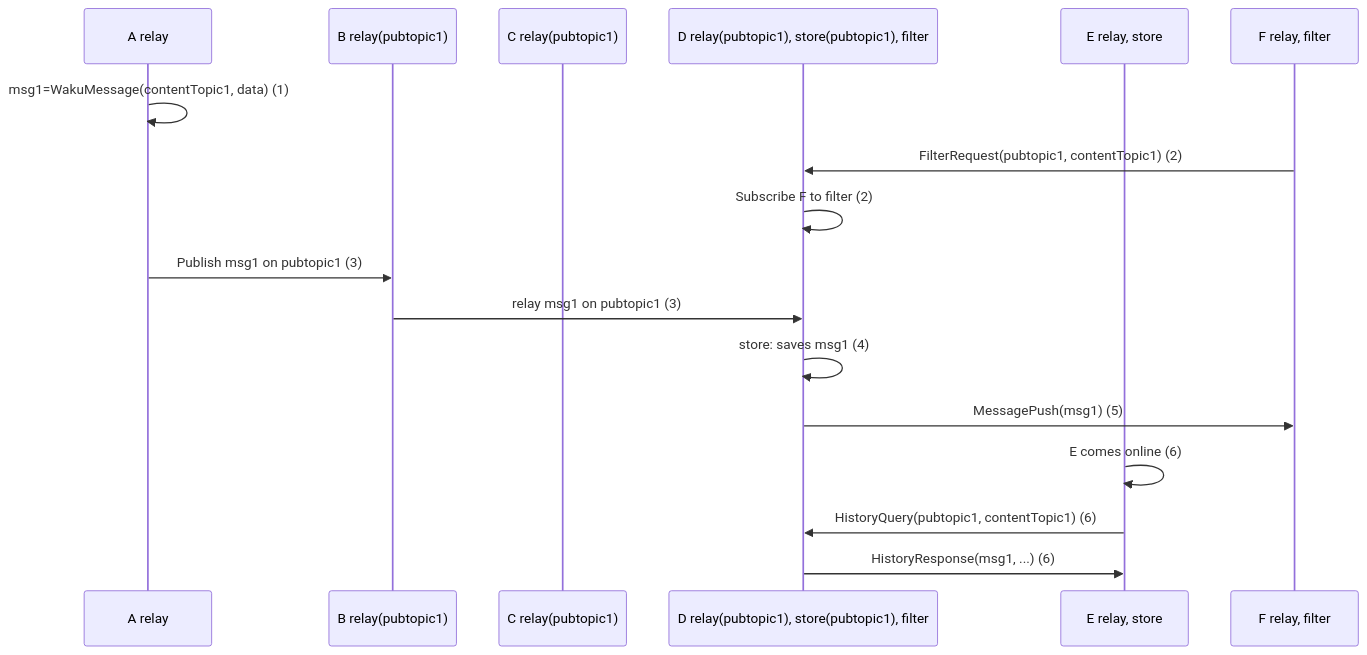
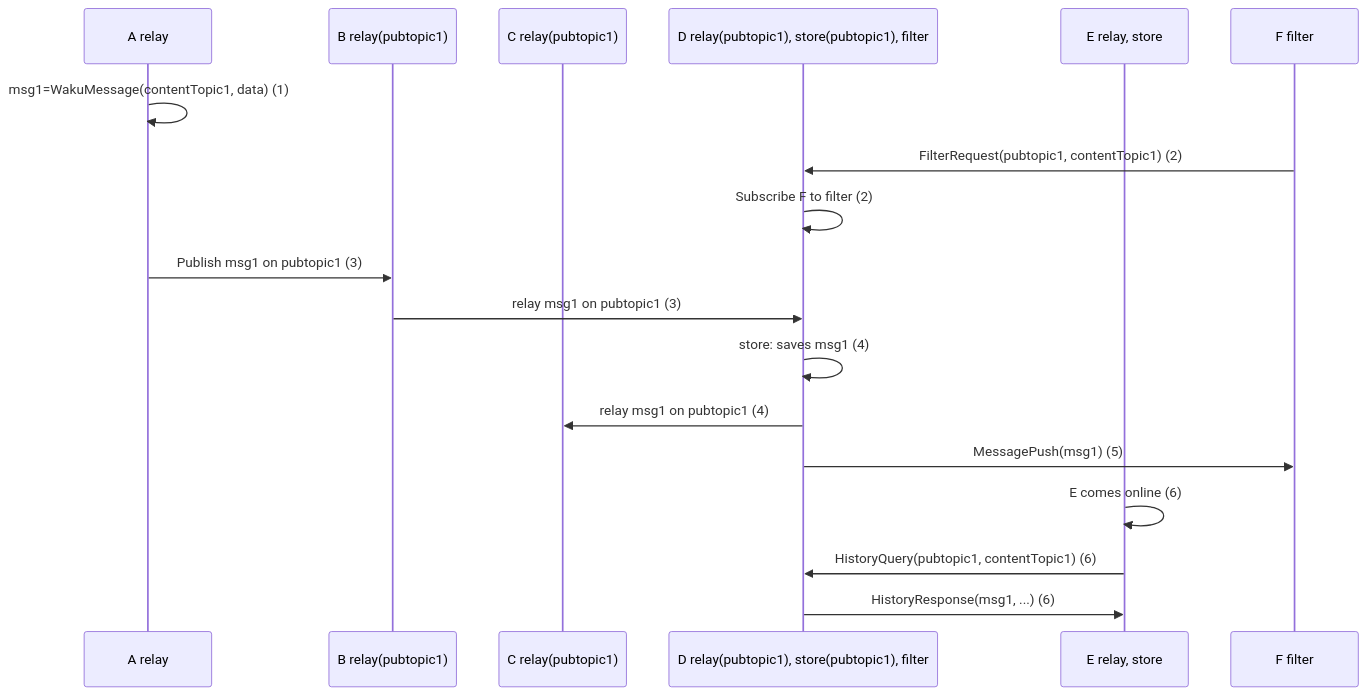
Before and after one commit to waku-org/docs.waku.org: the diagram in docs/overview/concepts/network-domains.md, drawn with Mermaid. The commit also changed other lines of this file and 2 other files, not shown here.

Commit message:
update network-domains & node-discovery

````diff
--- a/docs/overview/concepts/network-domains.md
+++ b/docs/overview/concepts/network-domains.md
@@ -27,20 +27,21 @@
 ```mermaid
 sequenceDiagram
 participant A as A relay
 participant B as B relay(pubtopic1)
 participant C as C relay(pubtopic1)
 participant D as D relay(pubtopic1), store(pubtopic1), filter
 participant E as E relay, store
-participant F as F relay, filter
+participant F as F filter
 
 A ->> A: msg1=WakuMessage(contentTopic1, data) (1)
 F ->> D: FilterRequest(pubtopic1, contentTopic1) (2)
 D ->> D: Subscribe F to filter (2)
 A ->> B: Publish msg1 on pubtopic1 (3)
 B ->> D: relay msg1 on pubtopic1 (3)
 D ->> D: store: saves msg1 (4)
+D ->> C: relay msg1 on pubtopic1 (4)
 D ->> F: MessagePush(msg1) (5)
 E ->> E: E comes online (6)
 E ->> D: HistoryQuery(pubtopic1, contentTopic1) (6)
 D ->> E: HistoryResponse(msg1, ...) (6)
 ```
````
